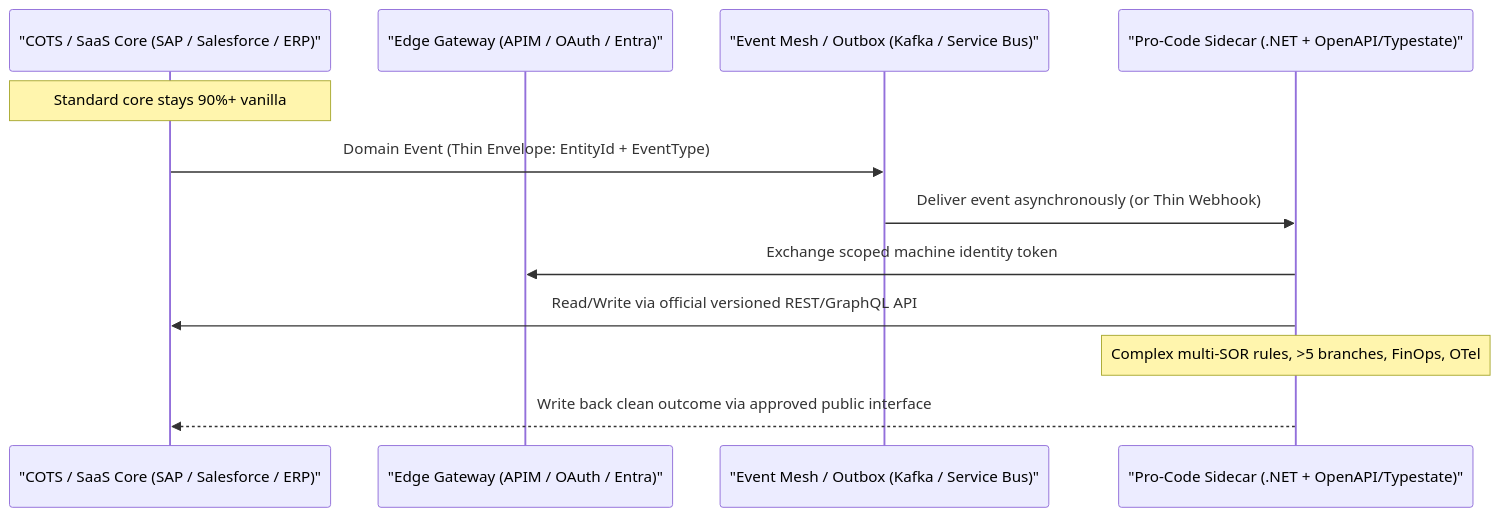
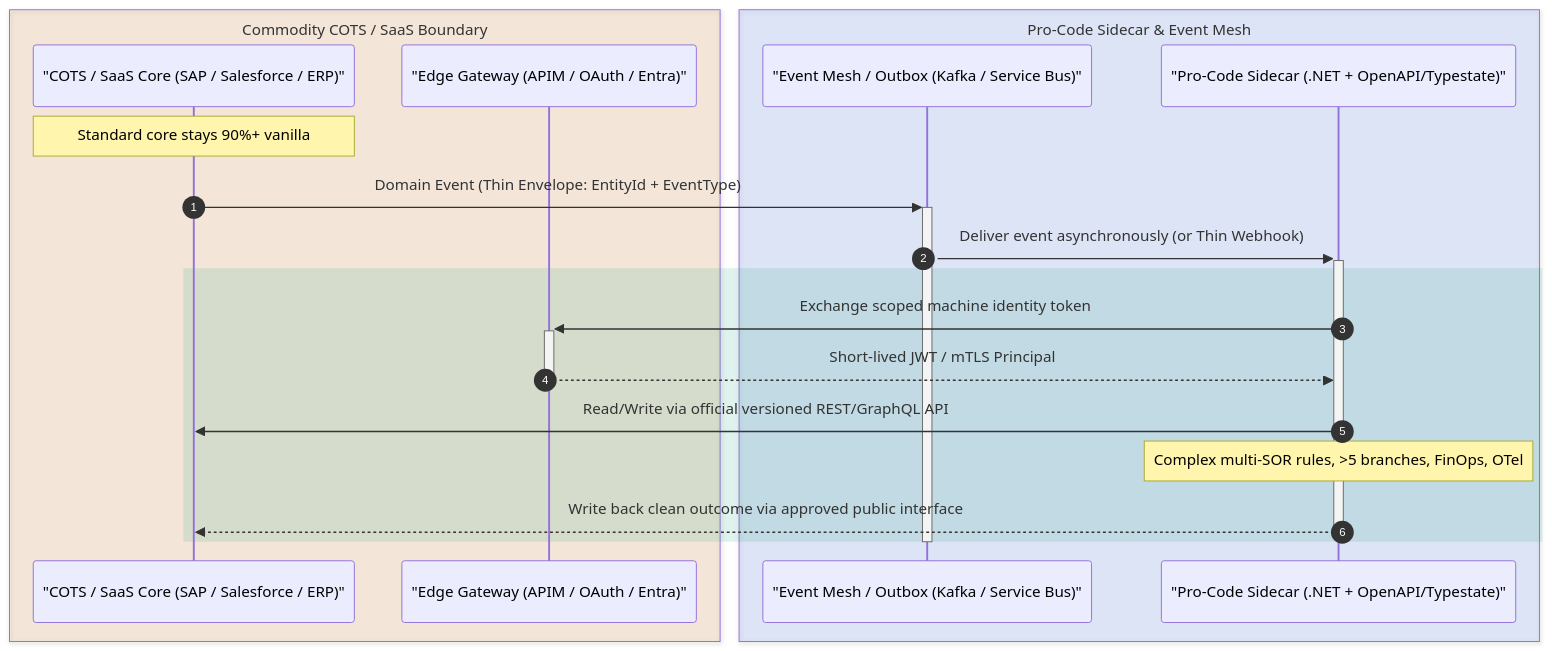
Before and after one commit to kumarshaz/kumarshaz.github.io: the third of 3 diagrams in src/content/blog/clean-core-sidecars-and-cots-stop-rules.md, drawn with Mermaid. The commit also changed other lines of this file and 22 other files, not shown here.

Commit message:
feat(blog): review 6 new posts, add hero banners, and upgrade Mermaid v12 with ELK & Tidy-Tree

````diff
--- a/src/content/blog/clean-core-sidecars-and-cots-stop-rules.md
+++ b/src/content/blog/clean-core-sidecars-and-cots-stop-rules.md
@@ -92,15 +142,24 @@
 ```mermaid
 sequenceDiagram
-    participant COTS as "COTS / SaaS Core (SAP / Salesforce / ERP)"
-    participant Auth as "Edge Gateway (APIM / OAuth / Entra)"
-    participant Bus as "Event Mesh / Outbox (Kafka / Service Bus)"
-    participant Sidecar as "Pro-Code Sidecar (.NET + OpenAPI/Typestate)"
+    autonumber
+    box rgba(217, 119, 6, 0.12) Commodity COTS / SaaS Boundary
+        participant COTS as "COTS / SaaS Core (SAP / Salesforce / ERP)"
+        participant Auth as "Edge Gateway (APIM / OAuth / Entra)"
+    end
+    box rgba(37, 99, 235, 0.12) Pro-Code Sidecar & Event Mesh
+        participant Bus as "Event Mesh / Outbox (Kafka / Service Bus)"
+        participant Sidecar as "Pro-Code Sidecar (.NET + OpenAPI/Typestate)"
+    end
 
     Note over COTS: Standard core stays 90%+ vanilla
-    COTS->>Bus: Domain Event (Thin Envelope: EntityId + EventType)
-    Bus->>Sidecar: Deliver event asynchronously (or Thin Webhook)
-    Sidecar->>Auth: Exchange scoped machine identity token
-    Sidecar->>COTS: Read/Write via official versioned REST/GraphQL API
-    Note over Sidecar: Complex multi-SOR rules, >5 branches, FinOps, OTel
-    Sidecar-->>COTS: Write back clean outcome via approved public interface
+    COTS->>+Bus: Domain Event (Thin Envelope: EntityId + EventType)
+    Bus->>+Sidecar: Deliver event asynchronously (or Thin Webhook)
+    rect rgba(5, 150, 105, 0.12)
+        Sidecar->>+Auth: Exchange scoped machine identity token
+        Auth-->>-Sidecar: Short-lived JWT / mTLS Principal
+        Sidecar->>COTS: Read/Write via official versioned REST/GraphQL API
+        Note over Sidecar: Complex multi-SOR rules, >5 branches, FinOps, OTel
+        Sidecar-->>-COTS: Write back clean outcome via approved public interface
+    end
+    deactivate Bus
 ```
````
